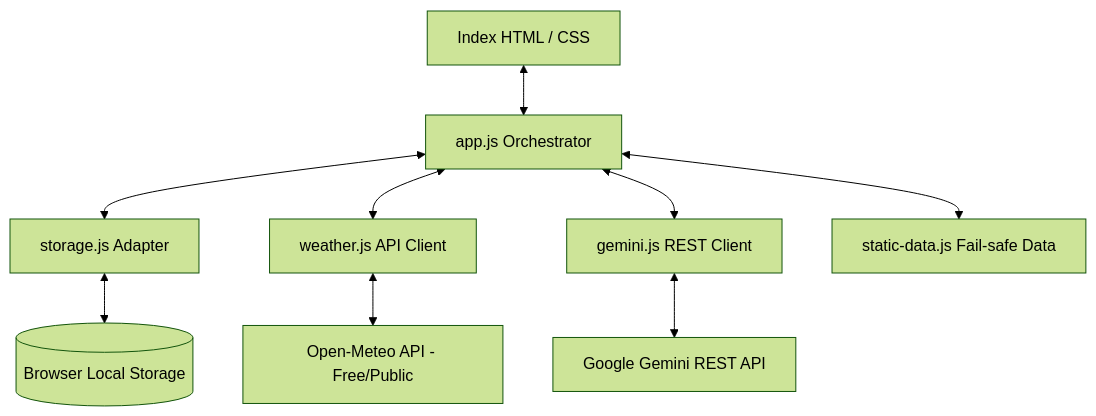
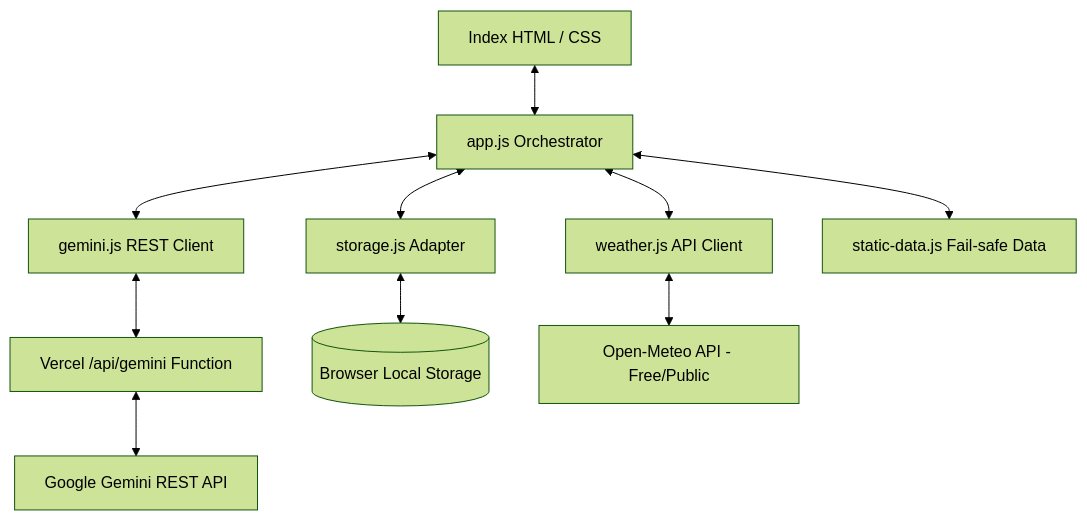
The diagram in doc/architecture.md (arnabdasbwn/RainGuardAI), drawn with Mermaid (forest theme) before and after one commit. The commit also changed other lines of this file and 3 other files, not shown here.

````diff
--- a/doc/architecture.md
+++ b/doc/architecture.md
@@ -13,12 +13,13 @@
 ```mermaid
 graph TD
     UI[Index HTML / CSS] <--> App[app.js Orchestrator]
     App <--> Storage[storage.js Adapter]
     App <--> Weather[weather.js API Client]
     App <--> Gemini[gemini.js REST Client]
     App <--> StaticData[static-data.js Fail-safe Data]
+    Gemini <--> Proxy[Vercel /api/gemini Function]
     
     Storage <--> LocalStorage[(Browser Local Storage)]
     Weather <--> WeatherAPI[Open-Meteo API - Free/Public]
-    Gemini <--> GeminiAPI[Google Gemini REST API]
+    Proxy <--> GeminiAPI[Google Gemini REST API]
 ```
````
